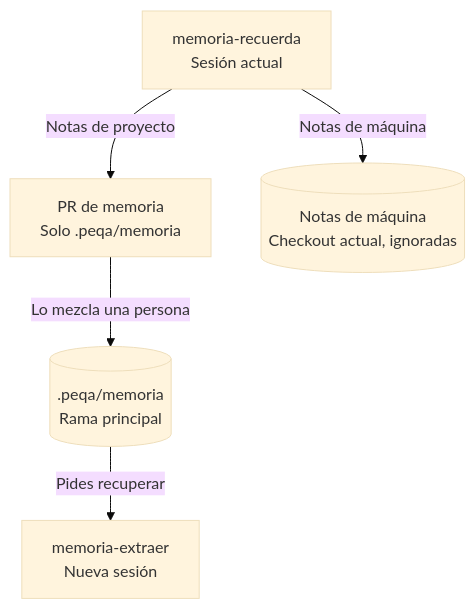
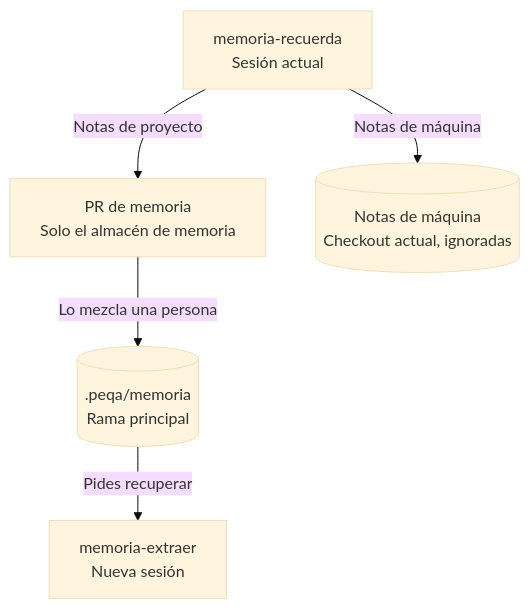
The fourth of 5 diagrams in README.md (peqa-ai/peqa-workflows), drawn with Mermaid (base theme) before and after one commit. The commit also changed 3 other files, not shown here.

````diff
--- a/README.md
+++ b/README.md
@@ -114,16 +114,16 @@
 ```mermaid
 flowchart TD
     accTitle: Memoria del proyecto entre dos sesiones
     accDescr: A petición del usuario, memoria-recuerda guarda las notas de proyecto en un PR propio desde la rama principal y las de máquina en el checkout actual. Cuando una persona mezcla el PR, las notas llegan al almacén de la rama principal, que memoria-extraer consulta en otra sesión sin modificarlo.
 
     actual["memoria-recuerda<br/>Sesión actual"]
-    pr["PR de memoria<br/>Solo .peqa/memoria"]
+    pr["PR de memoria<br/>Solo el almacén de memoria"]
     local[("Notas de máquina<br/>Checkout actual, ignoradas")]
     memoria[(".peqa/memoria<br/>Rama principal")]
     nueva["memoria-extraer<br/>Nueva sesión"]
 
     actual -->|Notas de proyecto| pr
     actual -->|Notas de máquina| local
     pr -->|Lo mezcla una persona| memoria
     memoria -->|Pides recuperar| nueva
 ```
````
